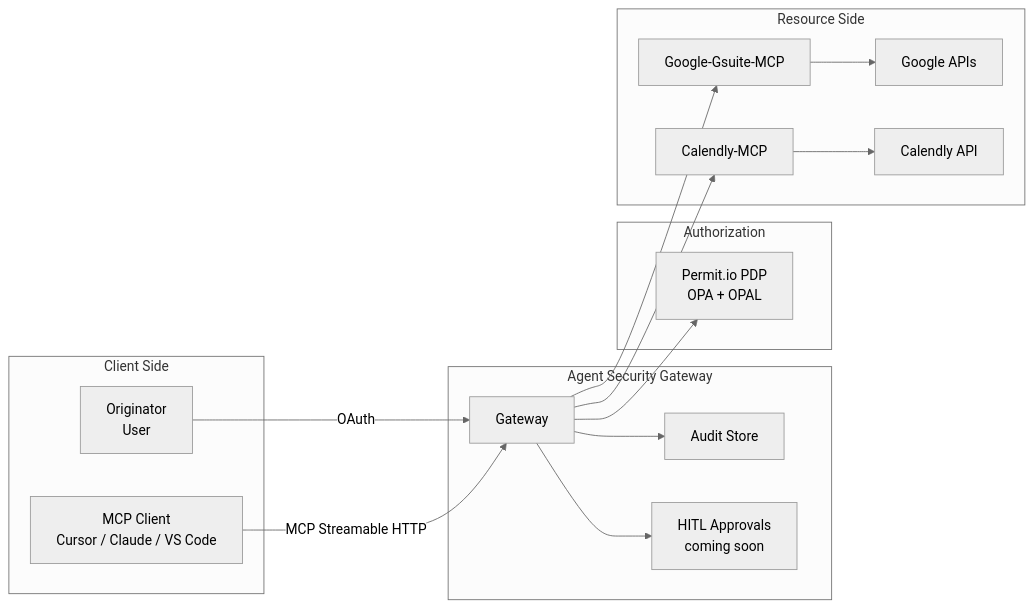
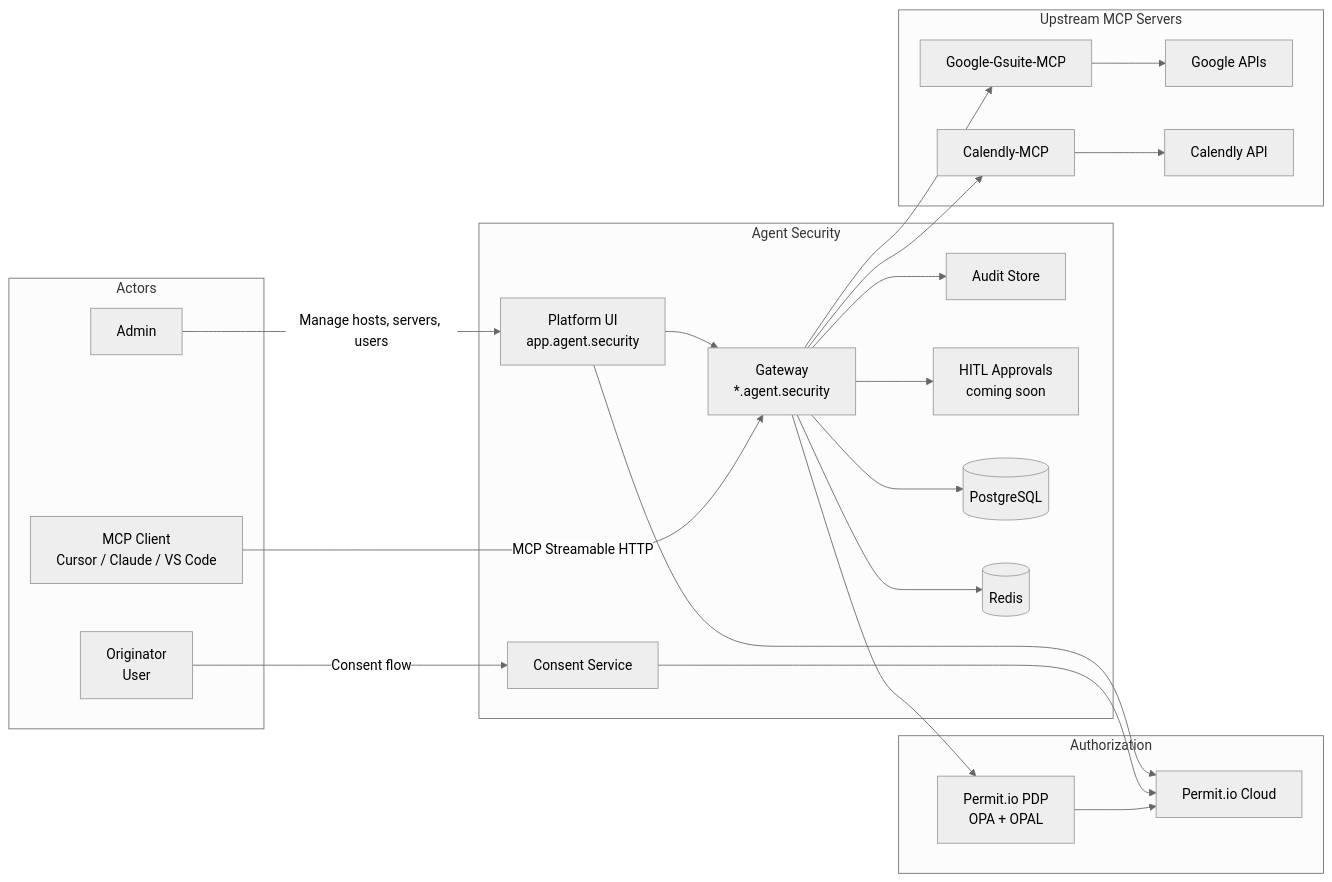
Before and after one commit to permitio/docs: the first of 4 diagrams in docs/ai-security/mcp-permissions/architecture.mdx, drawn with Mermaid (neutral theme). The commit also changed other lines of this file, not shown here.

First line of the commit message:
Add Platform UI to architecture diagrams and sequences

````diff
--- a/docs/ai-security/mcp-permissions/architecture.mdx
+++ b/docs/ai-security/mcp-permissions/architecture.mdx
@@ -23,34 +25,47 @@
 ```mermaid
 graph LR
-    subgraph Client Side
+    subgraph Actors
+        Admin[Admin]
         UA[Originator<br/>User]
         AGT[MCP Client<br/>Cursor / Claude / VS Code]
     end
 
-    subgraph Agent Security Gateway
-        GW[Gateway]
+    subgraph "Agent Security"
+        Platform["Platform UI<br/>app.agent.security"]
+        GW[Gateway<br/>*.agent.security]
+        CS[Consent Service]
         LOGS[Audit Store]
         HIL[HITL Approvals<br/>coming soon]
+        PG[(PostgreSQL)]
+        RD[(Redis)]
     end
 
     subgraph Authorization
         PDP[Permit.io PDP<br/>OPA + OPAL]
+        PERMIT[Permit.io Cloud]
     end
 
-    subgraph Resource Side
+    subgraph "Upstream MCP Servers"
         MCP1[Google-Gsuite-MCP]
         MCP2[Calendly-MCP]
         SVC1[Google APIs]
         SVC2[Calendly API]
     end
 
-    UA -->|OAuth| GW
+    Admin -->|Manage hosts, servers, users| Platform
+    Platform --> GW
+    Platform --> PERMIT
+    UA -->|Consent flow| CS
     AGT -->|MCP Streamable HTTP| GW
     GW --> PDP
     GW --> LOGS
     GW --> HIL
     GW --> MCP1
     GW --> MCP2
     MCP1 --> SVC1
     MCP2 --> SVC2
+    CS --> PERMIT
+    GW --> PG
+    GW --> RD
+    PDP --> PERMIT
 ```
````
